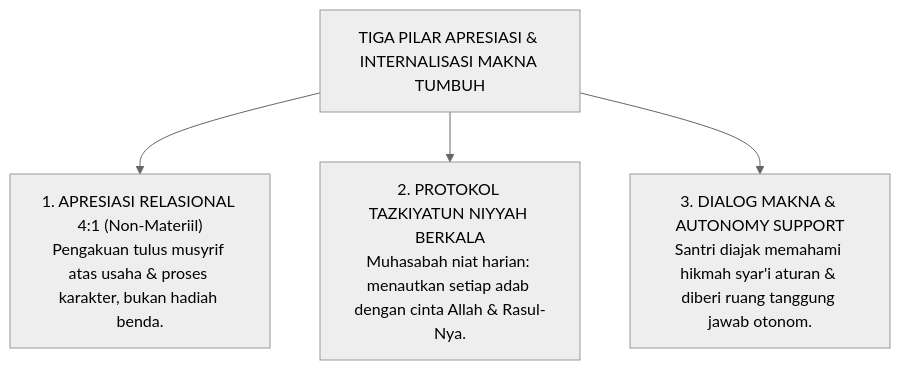
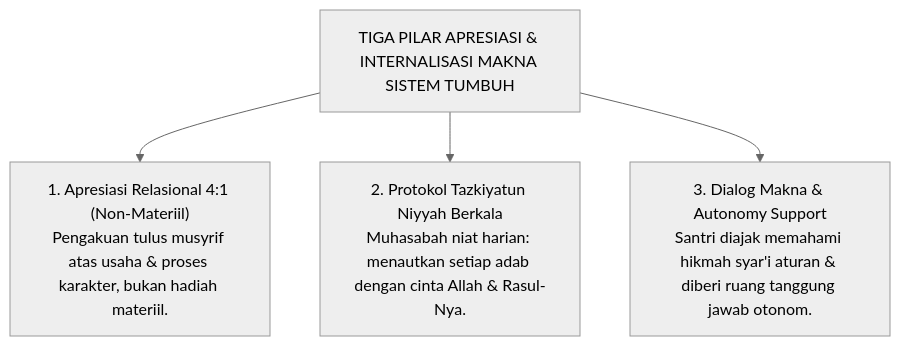
The fourth of 4 diagrams in BOOK-SERIES/Volume-01/Bab-01-Krisis-Karakter-dan-Urgensi-Rekonstruksi/04-Kelemahan-Behaviorisme-Sekuler-dan-Kehampaan-Ruhani.md (wandiapriliyandi/tumbuh), drawn with Mermaid (neutral theme) before and after one commit. The commit also changed other lines of this file and 3 other files, not shown here.

Commit message:
docs(bab-01): bangun ulang seluruh Bab 01 murni berorientasi penjelasan sistemik arsitektur TUMBUH tanpa template muhasabah buatan

````diff
--- a/BOOK-SERIES/Volume-01/Bab-01-Krisis-Karakter-dan-Urgensi-Rekonstruksi/04-Kelemahan-Behaviorisme-Sekuler-dan-Kehampaan-Ruhani.md
+++ b/BOOK-SERIES/Volume-01/Bab-01-Krisis-Karakter-dan-Urgensi-Rekonstruksi/04-Kelemahan-Behaviorisme-Sekuler-dan-Kehampaan-Ruhani.md
@@ -140,10 +140,10 @@
 ```mermaid
 graph TD
-    RootModel["TIGA PILAR APRESIASI & INTERNALISASI MAKNA TUMBUH"]
+    RootModel["TIGA PILAR APRESIASI & INTERNALISASI MAKNA SISTEM TUMBUH"]
     
-    RootModel --> P1["1. APRESIASI RELASIONAL 4:1 (Non-Materiil)<br/>Pengakuan tulus musyrif atas usaha & proses karakter, bukan hadiah benda."]
+    RootModel --> P1["1. Apresiasi Relasional 4:1 (Non-Materiil)<br/>Pengakuan tulus musyrif atas usaha & proses karakter, bukan hadiah materiil."]
     
-    RootModel --> P2["2. PROTOKOL TAZKIYATUN NIYYAH BERKALA<br/>Muhasabah niat harian: menautkan setiap adab dengan cinta Allah & Rasul-Nya."]
+    RootModel --> P2["2. Protokol Tazkiyatun Niyyah Berkala<br/>Muhasabah niat harian: menautkan setiap adab dengan cinta Allah & Rasul-Nya."]
     
-    RootModel --> P3["3. DIALOG MAKNA & AUTONOMY SUPPORT<br/>Santri diajak memahami hikmah syar'i aturan & diberi ruang tanggung jawab otonom."]
+    RootModel --> P3["3. Dialog Makna & Autonomy Support<br/>Santri diajak memahami hikmah syar'i aturan & diberi ruang tanggung jawab otonom."]
 ```
````
